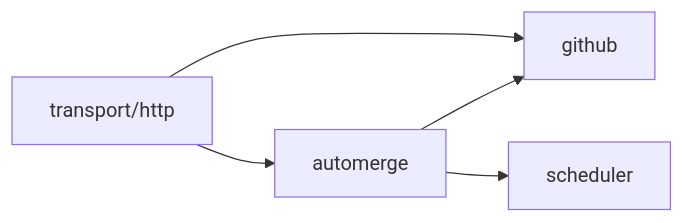
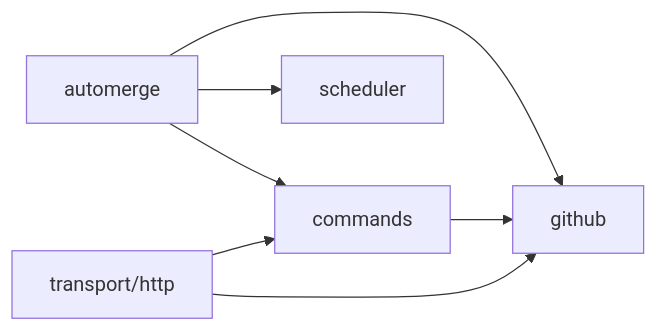
Before and after one commit to alexfalkowski/abgleich: the diagram in README.md, drawn with Mermaid. The commit also changed other lines of this file and 30 other files, not shown here.

````diff
--- a/README.md
+++ b/README.md
@@ -405,7 +408,9 @@
 ```mermaid
 flowchart LR
-    transport[transport/http] --> automerge
+    transport[transport/http] --> commands
     transport --> github
+    commands --> github
+    automerge --> commands
     automerge --> github
     automerge --> scheduler
 ```
````
